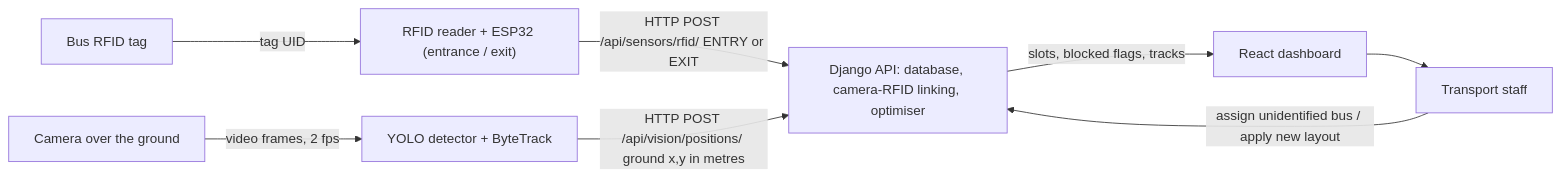
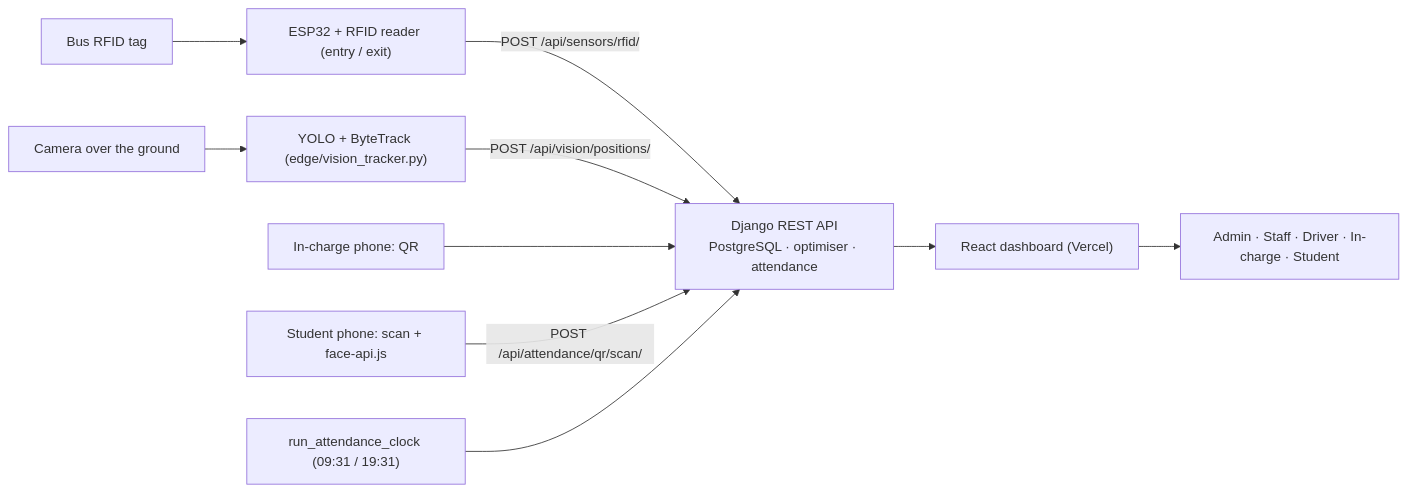
One commit to Lancheba/Rathinam_Transport_System changed the diagram in README.md. Above: the diagram before and after it, drawn with Mermaid. The commit also changed other lines of this file, not shown here.

````diff
--- a/README.md
+++ b/README.md
@@ -28,10 +102,12 @@
 ```mermaid
 flowchart LR
-  T["Bus RFID tag"] -->|"tag UID"| R["RFID reader + ESP32 (entrance / exit)"]
-  R -->|"HTTP POST /api/sensors/rfid/ ENTRY or EXIT"| API
-  C["Camera over the ground"] -->|"video frames, 2 fps"| Y["YOLO detector + ByteTrack"]
-  Y -->|"HTTP POST /api/vision/positions/ ground x,y in metres"| API
-  API["Django API: database, camera-RFID linking, optimiser"] -->|"slots, blocked flags, tracks"| D["React dashboard"]
-  D --> S["Transport staff"]
-  S -->|"assign unidentified bus / apply new layout"| API
+  T["Bus RFID tag"] --> R["ESP32 + RFID reader (entry / exit)"]
+  R -->|"POST /api/sensors/rfid/"| API
+  C["Camera over the ground"] --> Y["YOLO + ByteTrack (edge/vision_tracker.py)"]
+  Y -->|"POST /api/vision/positions/"| API
+  API["Django REST API<br/>PostgreSQL · optimiser · attendance"] --> D["React dashboard (Vercel)"]
+  D --> U["Admin · Staff · Driver · In-charge · Student"]
+  Q["In-charge phone: QR"] --> API
+  S["Student phone: scan + face-api.js"] -->|"POST /api/attendance/qr/scan/"| API
+  K["run_attendance_clock (09:31 / 19:31)"] --> API
 ```
````
